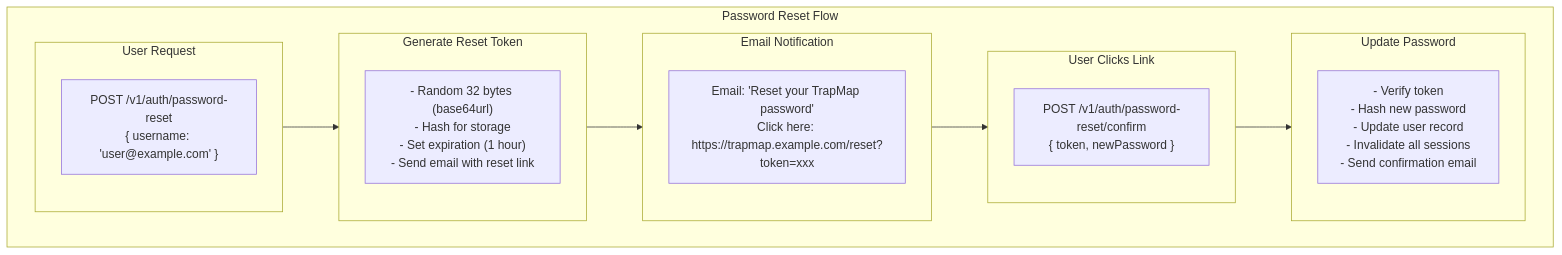
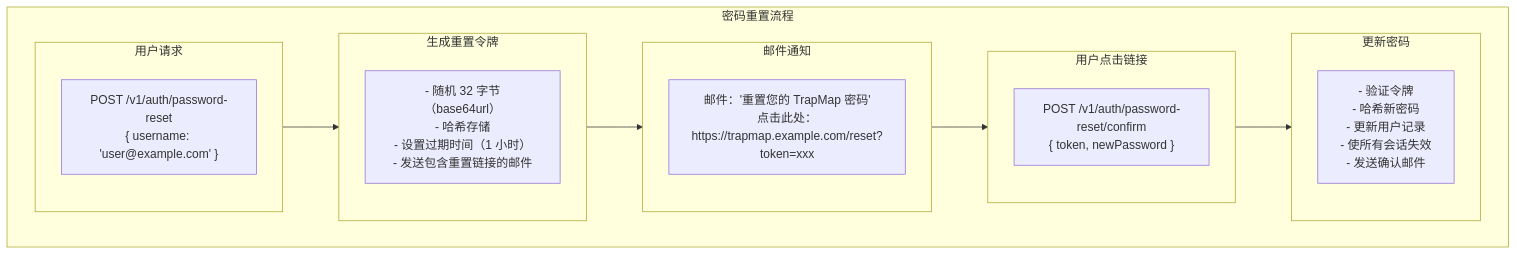
Before and after one commit to pofossette/TrapMap-for-vibing: the second of 2 diagrams in docs/architecture/components/AUTH.md, drawn with Mermaid. The commit also changed other lines of this file and 11 other files, not shown here.

First line of the commit message:
docs: 转换 ASCII 框图为 Mermaid flowchart tb + subgraph，翻译已有 Mermaid 图表为简体中文

````diff
--- a/docs/architecture/components/AUTH.md
+++ b/docs/architecture/components/AUTH.md
@@ -406,26 +406,26 @@
 ```mermaid
 flowchart TB
-    subgraph PasswordReset["Password Reset Flow"]
-        subgraph Request["User Request"]
+    subgraph PasswordReset["密码重置流程"]
+        subgraph Request["用户请求"]
             A["POST /v1/auth/password-reset\n{ username: 'user@example.com' }"]
         end
 
-        subgraph Generate["Generate Reset Token"]
-            B["- Random 32 bytes (base64url)\n- Hash for storage\n- Set expiration (1 hour)\n- Send email with reset link"]
+        subgraph Generate["生成重置令牌"]
+            B["- 随机 32 字节（base64url）\n- 哈希存储\n- 设置过期时间（1 小时）\n- 发送包含重置链接的邮件"]
         end
 
-        subgraph Email["Email Notification"]
-            C["Email: 'Reset your TrapMap password'\nClick here: https://trapmap.example.com/reset?token=xxx"]
+        subgraph Email["邮件通知"]
+            C["邮件：'重置您的 TrapMap 密码'\n点击此处：https://trapmap.example.com/reset?token=xxx"]
         end
 
-        subgraph Confirm["User Clicks Link"]
+        subgraph Confirm["用户点击链接"]
             D["POST /v1/auth/password-reset/confirm\n{ token, newPassword }"]
         end
 
-        subgraph Update["Update Password"]
-            E["- Verify token\n- Hash new password\n- Update user record\n- Invalidate all sessions\n- Send confirmation email"]
+        subgraph Update["更新密码"]
+            E["- 验证令牌\n- 哈希新密码\n- 更新用户记录\n- 使所有会话失效\n- 发送确认邮件"]
         end
 
         Request --> Generate --> Email --> Confirm --> Update
     end
 ```
````
